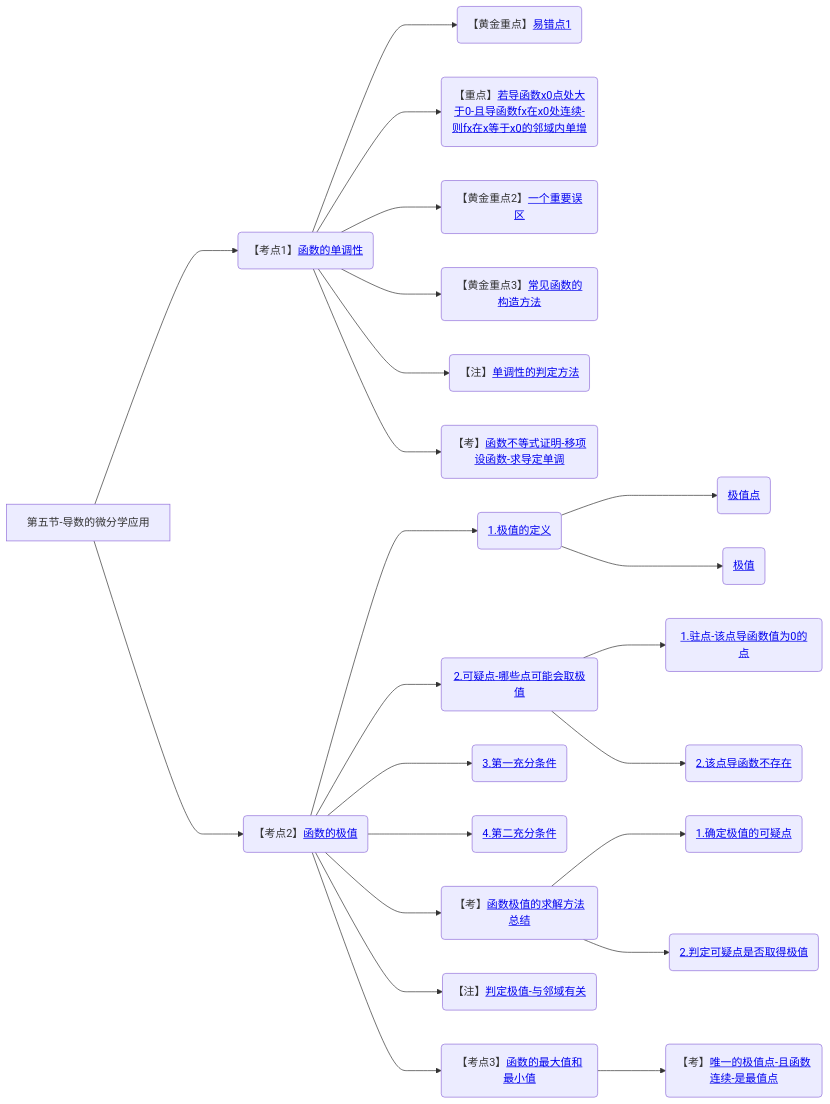
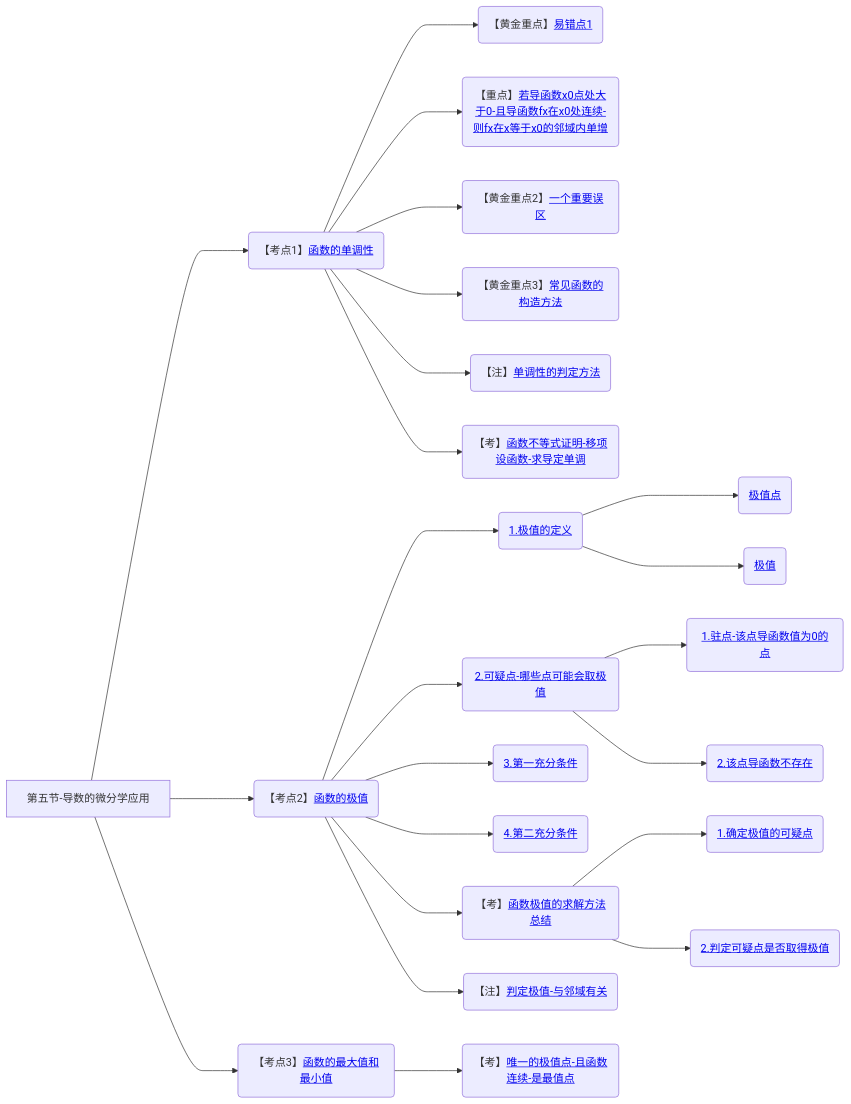
One commit to yuebinghui/note changed diagram 15 of 15 in 笔记/数学/周洋鑫/01.基础班思维导图.md. Above: the diagram before and after it, drawn with Mermaid. The commit also changed 6 other files, not shown here.

````diff
--- a/笔记/数学/周洋鑫/01.基础班思维导图.md
+++ b/笔记/数学/周洋鑫/01.基础班思维导图.md
@@ -530,29 +530,29 @@
 ```mermaid
 graph LR
 第五节-导数的微分学应用
 
 第五节-导数的微分学应用--->函数的单调性(【考点1】<a href="/Users/yuebinghui/Documents/program/github/note/笔记/数学/周洋鑫/基础班/15.导数的微分学应用_1.md#函数的单调性">函数的单调性</>)
 函数的单调性--->易错点1(【黄金重点】<a href="/Users/yuebinghui/Documents/program/github/note/笔记/数学/周洋鑫/基础班/15.导数的微分学应用_1.md#易错点1">易错点1</>)
 函数的单调性--->若导函数x0点处大于0-且导函数fx在x0处连续-则fx在x等于x0的邻域内单增(【重点】<a href="/Users/yuebinghui/Documents/program/github/note/笔记/数学/周洋鑫/基础班/15.导数的微分学应用_1.md#若导函数x0点处大于0-且导函数fx在x0处连续-则fx在x等于x0的邻域内单增">若导函数x0点处大于0-且导函数fx在x0处连续-则fx在x等于x0的邻域内单增</>)
 函数的单调性--->一个重要误区(【黄金重点2】<a href="/Users/yuebinghui/Documents/program/github/note/笔记/数学/周洋鑫/基础班/15.导数的微分学应用_1.md#一个重要误区">一个重要误区</>)
 函数的单调性--->常见函数的构造方法(【黄金重点3】<a href="/Users/yuebinghui/Documents/program/github/note/笔记/数学/周洋鑫/基础班/15.导数的微分学应用_1.md#常见函数的构造方法">常见函数的构造方法</>)
 函数的单调性--->单调性的判定方法(【注】<a href="/Users/yuebinghui/Documents/program/github/note/笔记/数学/周洋鑫/基础班/15.导数的微分学应用_1.md#单调性的判定方法">单调性的判定方法</>)
 函数的单调性--->函数不等式证明-移项设函数-求导定单调(【考】<a href="/Users/yuebinghui/Documents/program/github/note/笔记/数学/周洋鑫/基础班/15.导数的微分学应用_1.md#函数不等式证明-移项设函数-求导定单调">函数不等式证明-移项设函数-求导定单调</>)
 
 第五节-导数的微分学应用--->函数的极值(【考点2】<a href="/Users/yuebinghui/Documents/program/github/note/笔记/数学/周洋鑫/基础班/16.导数的微分学应用_2.md#函数的极值">函数的极值</>)
 函数的极值--->1.极值的定义(<a href="/Users/yuebinghui/Documents/program/github/note/笔记/数学/周洋鑫/基础班/16.导数的微分学应用_2.md#1.极值的定义">1.极值的定义</>)
 1.极值的定义--->极值点(<a href="/Users/yuebinghui/Documents/program/github/note/笔记/数学/周洋鑫/基础班/16.导数的微分学应用_2.md#极值点">极值点</>)
 1.极值的定义--->极值(<a href="/Users/yuebinghui/Documents/program/github/note/笔记/数学/周洋鑫/基础班/16.导数的微分学应用_2.md#极值">极值</>)
 函数的极值--->2.可疑点-哪些点可能会取极值(<a href="/Users/yuebinghui/Documents/program/github/note/笔记/数学/周洋鑫/基础班/16.导数的微分学应用_2.md#2.可疑点-哪些点可能会取极值">2.可疑点-哪些点可能会取极值</>)
 2.可疑点-哪些点可能会取极值--->1.驻点-该点导函数值为0的点(<a href="/Users/yuebinghui/Documents/program/github/note/笔记/数学/周洋鑫/基础班/16.导数的微分学应用_2.md#1.驻点-该点导函数值为0的点">1.驻点-该点导函数值为0的点</>)
 2.可疑点-哪些点可能会取极值--->2.该点导函数不存在(<a href="/Users/yuebinghui/Documents/program/github/note/笔记/数学/周洋鑫/基础班/16.导数的微分学应用_2.md#2.该点导函数不存在">2.该点导函数不存在</>)
 函数的极值--->3.第一充分条件(<a href="/Users/yuebinghui/Documents/program/github/note/笔记/数学/周洋鑫/基础班/16.导数的微分学应用_2.md#3.第一充分条件">3.第一充分条件</>)
 函数的极值--->4.第二充分条件(<a href="/Users/yuebinghui/Documents/program/github/note/笔记/数学/周洋鑫/基础班/16.导数的微分学应用_2.md#4.第二充分条件">4.第二充分条件</>)
 函数的极值--->函数极值的求解方法总结(【考】<a href="/Users/yuebinghui/Documents/program/github/note/笔记/数学/周洋鑫/基础班/16.导数的微分学应用_2.md#函数极值的求解方法总结">函数极值的求解方法总结</>)
 函数极值的求解方法总结--->1.确定极值的可疑点(<a href="/Users/yuebinghui/Documents/program/github/note/笔记/数学/周洋鑫/基础班/16.导数的微分学应用_2.md#1.确定极值的可疑点">1.确定极值的可疑点</>)
 函数极值的求解方法总结--->2.判定可疑点是否取得极值(<a href="/Users/yuebinghui/Documents/program/github/note/笔记/数学/周洋鑫/基础班/16.导数的微分学应用_2.md#2.判定可疑点是否取得极值">2.判定可疑点是否取得极值</>)
 函数的极值--->判定极值-与邻域有关(【注】<a href="/Users/yuebinghui/Documents/program/github/note/笔记/数学/周洋鑫/基础班/16.导数的微分学应用_2.md#判定极值-与邻域有关">判定极值-与邻域有关</>)
 
-函数的极值--->函数的最大值和最小值(【考点3】<a href="/Users/yuebinghui/Documents/program/github/note/笔记/数学/周洋鑫/基础班/16.导数的微分学应用_2.md#函数的最大值和最小值">函数的最大值和最小值</>)
+第五节-导数的微分学应用--->函数的最大值和最小值(【考点3】<a href="/Users/yuebinghui/Documents/program/github/note/笔记/数学/周洋鑫/基础班/16.导数的微分学应用_2.md#函数的最大值和最小值">函数的最大值和最小值</>)
 函数的最大值和最小值--->唯一的极值点-且函数连续-是最值点(【考】<a href="/Users/yuebinghui/Documents/program/github/note/笔记/数学/周洋鑫/基础班/16.导数的微分学应用_2.md#唯一的极值点-且函数连续-是最值点">唯一的极值点-且函数连续-是最值点</>)
 ```
````
